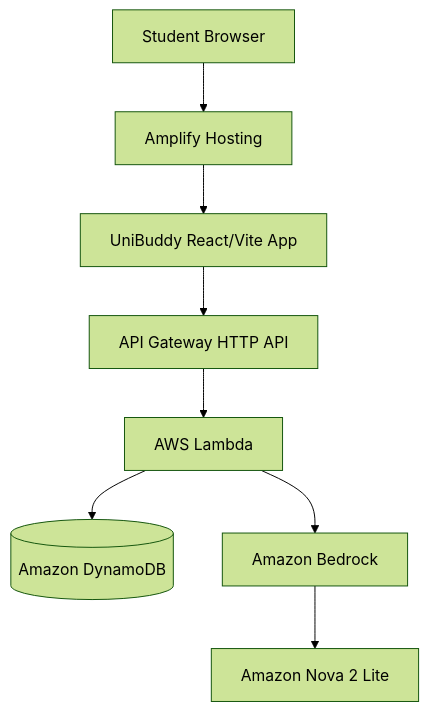
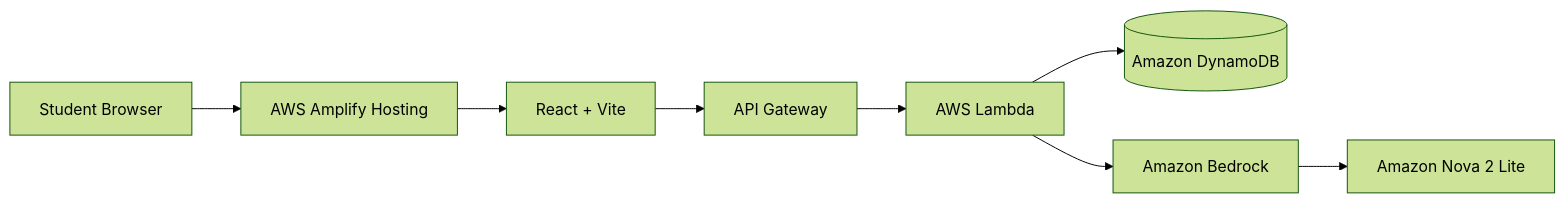
The diagram in README.md (Vishal-K-Sharan/UniBuddy), drawn with Mermaid (forest theme) before and after one commit. The commit also changed other lines of this file, not shown here.

````diff
--- a/README.md
+++ b/README.md
@@ -7,10 +47,11 @@
 ```mermaid
-graph TD
-    A[Student Browser] --> B[Amplify Hosting]
-    B --> C[UniBuddy React/Vite App]
-    C --> D[API Gateway HTTP API]
+flowchart LR
+    A[Student Browser] --> B[AWS Amplify Hosting]
+    B --> C[React + Vite]
+    C --> D[API Gateway]
     D --> E[AWS Lambda]
+
     E --> F[(Amazon DynamoDB)]
     E --> G[Amazon Bedrock]
     G --> H[Amazon Nova 2 Lite]
 ```
````
